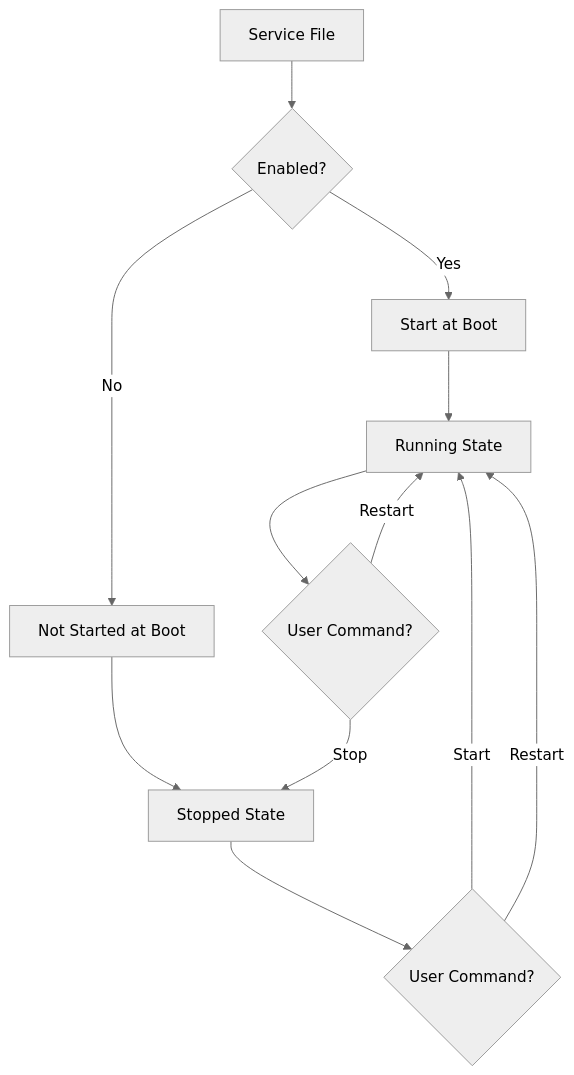
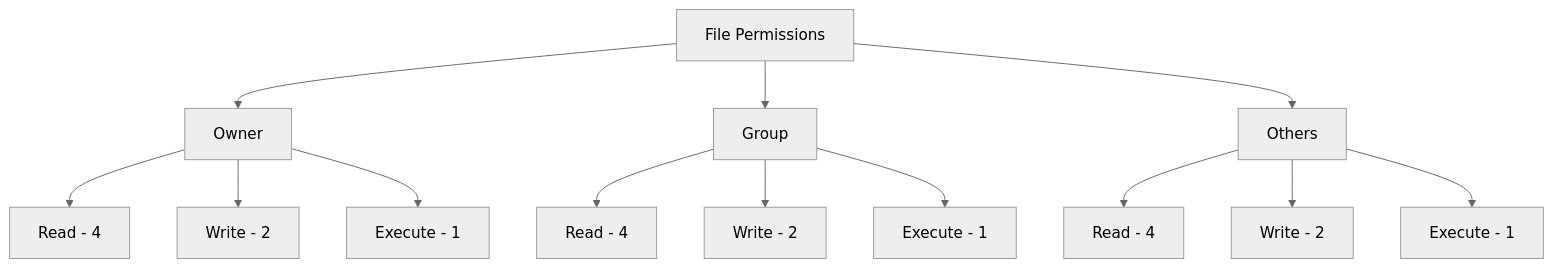
Before and after one commit to wahidyankf/oss: the second of 2 diagrams in apps-standalone/ayokoding-web/content/en/learn/crash-courses/swe/stacks/infra/linux-administration/basics.md, drawn with Mermaid (neutral theme). The commit also changed other lines of this file and 40 other files, not shown here.

````diff
--- a/apps-standalone/ayokoding-web/content/en/learn/crash-courses/swe/stacks/infra/linux-administration/basics.md
+++ b/apps-standalone/ayokoding-web/content/en/learn/crash-courses/swe/stacks/infra/linux-administration/basics.md
@@ -251,14 +186,18 @@
 ```mermaid
 graph TD
-    A[Service File] --> B{Enabled?}
-    B -->|Yes| C[Start at Boot]
-    B -->|No| D[Not Started at Boot]
-    C --> E[Running State]
-    D --> F[Stopped State]
-    E --> G{User Command?}
-    F --> H{User Command?}
-    G -->|Stop| F
-    G -->|Restart| E
-    H -->|Start| E
-    H -->|Restart| E
+    A[File Permissions] --> B[Owner]
+    A --> C[Group]
+    A --> D[Others]
+
+    B --> E[Read - 4]
+    B --> F[Write - 2]
+    B --> G[Execute - 1]
+
+    C --> H[Read - 4]
+    C --> I[Write - 2]
+    C --> J[Execute - 1]
+
+    D --> K[Read - 4]
+    D --> L[Write - 2]
+    D --> M[Execute - 1]
 ```
````
